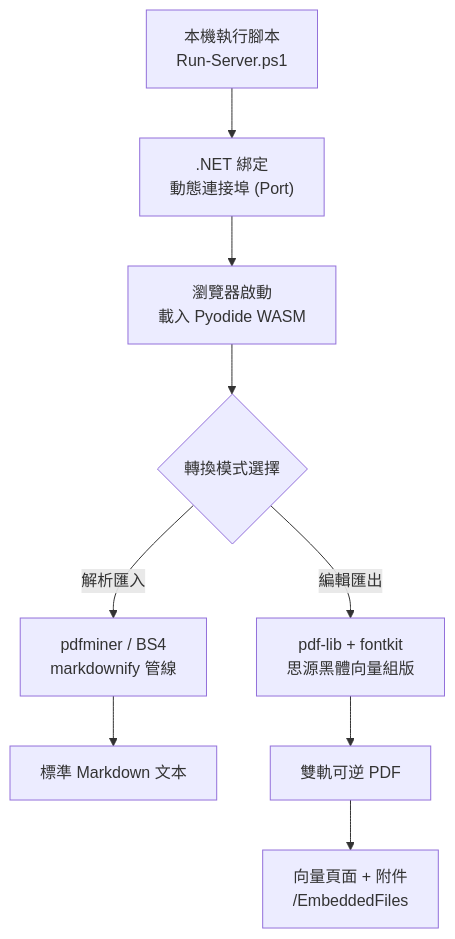
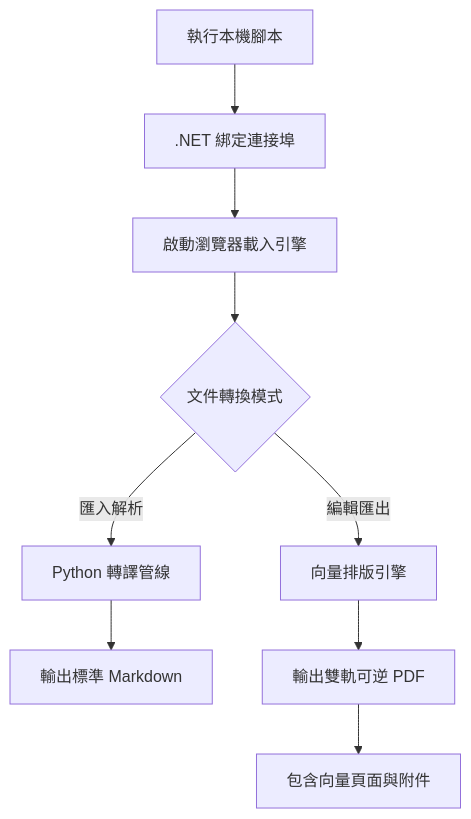
Before and after one commit to ystartgo/MD_exchange: the first of 3 diagrams in README.md, drawn with Mermaid. The commit also changed other lines of this file, not shown here.

````diff
--- a/README.md
+++ b/README.md
@@ -22,11 +22,11 @@
 ```mermaid
 flowchart TD
-    A["本機執行腳本<br>Run-Server.ps1"] --> B[".NET 綁定<br>動態連接埠 (Port)"]
-    B --> C["瀏覽器啟動<br>載入 Pyodide WASM"]
-    C --> D{"轉換模式選擇"}
-    D -->|解析匯入| E["pdfminer / BS4<br>markdownify 管線"]
-    D -->|編輯匯出| F["pdf-lib + fontkit<br>思源黑體向量組版"]
-    E --> G["標準 Markdown 文本"]
-    F --> H["雙軌可逆 PDF"]
-    H --> I["向量頁面 + 附件<br>/EmbeddedFiles"]
+    A[執行本機腳本] --> B[.NET 綁定連接埠]
+    B --> C[啟動瀏覽器載入引擎]
+    C --> D{文件轉換模式}
+    D -->|匯入解析| E[Python 轉譯管線]
+    D -->|編輯匯出| F[向量排版引擎]
+    E --> G[輸出標準 Markdown]
+    F --> H[輸出雙軌可逆 PDF]
+    H --> I[包含向量頁面與附件]
 ```
````
